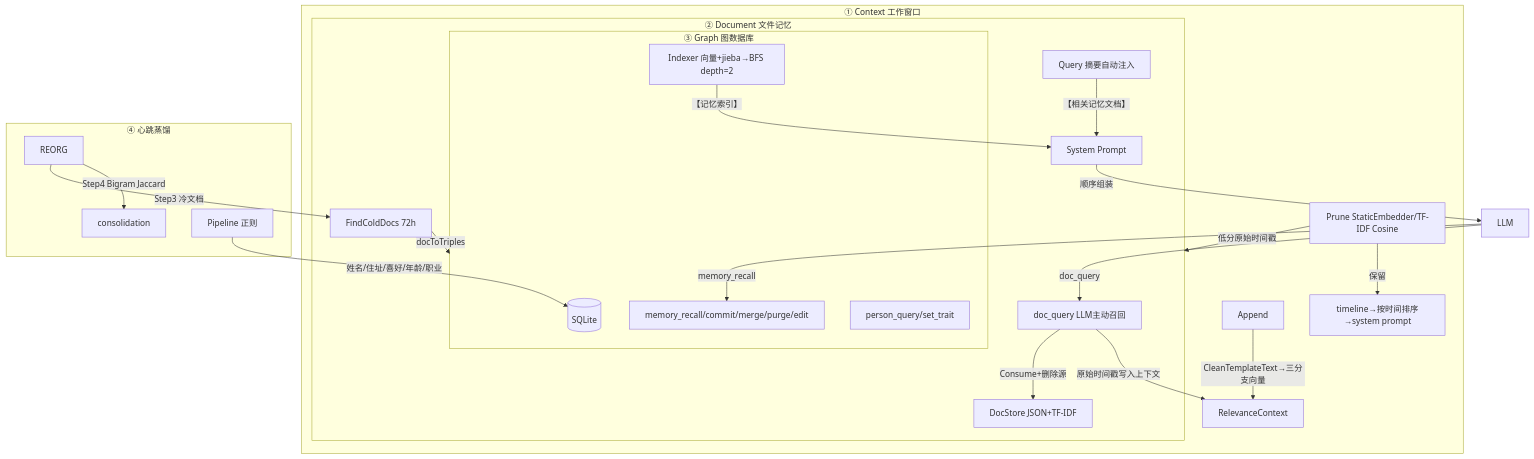
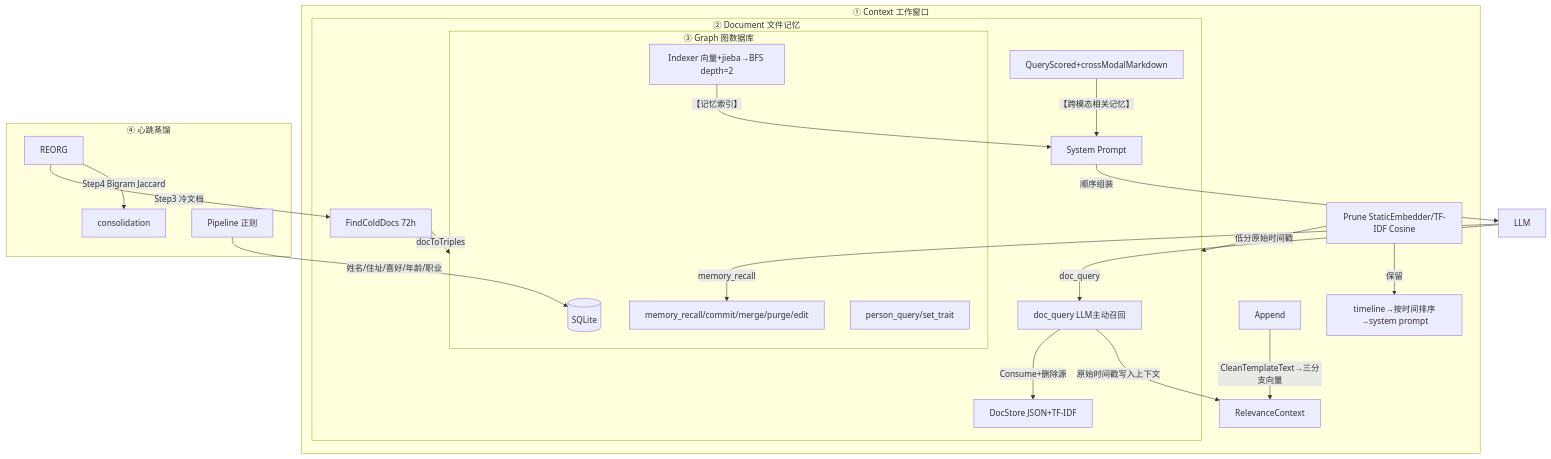
The third of 3 diagrams in README.md (JianFeeeee/HomeAgent), drawn with Mermaid before and after one commit. The commit also changed 11 other files, not shown here.

````diff
--- a/README.md
+++ b/README.md
@@ -103,30 +103,30 @@
 ```mermaid
 flowchart TB
     subgraph C[① Context 工作窗口]
         RC[RelevanceContext]
         A[Append] -->|CleanTemplateText→三分支向量| RC
         P[Prune StaticEmbedder/TF-IDF Cosine] -->|低分原始时间戳| D
         P -->|保留| TL[timeline→按时间排序→system prompt]
     end
     subgraph D[② Document 文件记忆]
         DS[DocStore JSON+TF-IDF]
-        Q1[Query 摘要自动注入] -->|【相关记忆文档】| SP
+        Q1[QueryScored+crossModalMarkdown] -->|【跨模态相关记忆】| SP
         Q2[doc_query LLM主动召回] -->|Consume+删除源| DS
         Q2 -->|原始时间戳写入上下文| RC
         CD[FindColdDocs 72h] -->|docToTriples| G
     end
     subgraph G[③ Graph 图数据库]
         DB[(SQLite)]
         IDX[Indexer 向量+jieba→BFS depth=2] -->|【记忆索引】| SP
         MEM[memory_recall/commit/merge/purge/edit]
         SOC[person_query/set_trait]
     end
     subgraph H[④ 心跳蒸馏]
         REORG -->|Step3 冷文档| CD
         REORG -->|Step4 Bigram Jaccard| CONS[consolidation]
         PIPE[Pipeline 正则] -->|姓名/住址/喜好/年龄/职业| DB
     end
     SP[System Prompt] -->|顺序组装| LLM
     LLM[LLM] -->|doc_query| Q2
     LLM -->|memory_recall| MEM
 ```
````
